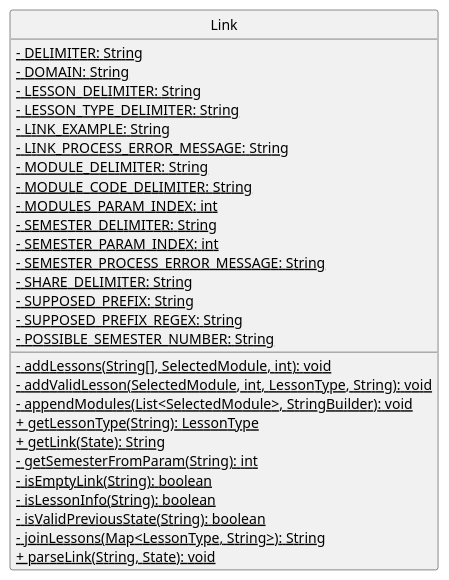
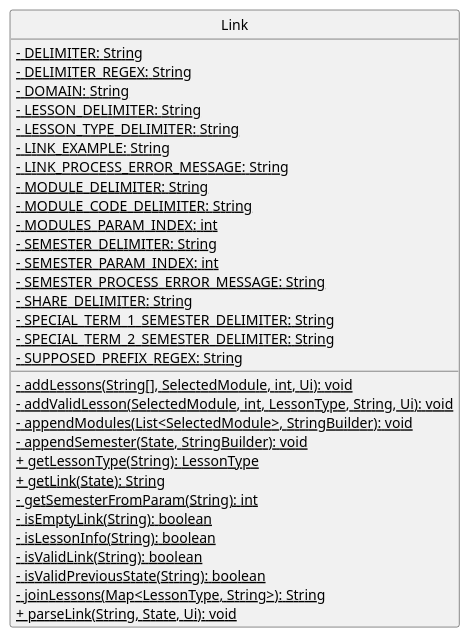
The diagram in docs/UMLdiagrams/linkClass.puml (nus-cs2113-AY2223S1/tp), drawn with PlantUML before and after one commit. The commit also changed 7 other files, not shown here.

Commit message:
Fix special term for link

```diff
--- a/docs/UMLdiagrams/linkClass.puml
+++ b/docs/UMLdiagrams/linkClass.puml
@@ -1,36 +1,39 @@
 @startuml
 'https://plantuml.com/sequence-diagram
 hide circle
 skinparam classAttributeIconSize 0
 
 class Link {
     <u>- DELIMITER: String
+    <u>- DELIMITER_REGEX: String
     <u>- DOMAIN: String
     <u>- LESSON_DELIMITER: String
     <u>- LESSON_TYPE_DELIMITER: String
     <u>- LINK_EXAMPLE: String
     <u>- LINK_PROCESS_ERROR_MESSAGE: String
     <u>- MODULE_DELIMITER: String
     <u>- MODULE_CODE_DELIMITER: String
     <u>- MODULES_PARAM_INDEX: int
     <u>- SEMESTER_DELIMITER: String
     <u>- SEMESTER_PARAM_INDEX: int
     <u>- SEMESTER_PROCESS_ERROR_MESSAGE: String
     <u>- SHARE_DELIMITER: String
-    <u>- SUPPOSED_PREFIX: String
+    <u>- SPECIAL_TERM_1_SEMESTER_DELIMITER: String
+    <u>- SPECIAL_TERM_2_SEMESTER_DELIMITER: String
     <u>- SUPPOSED_PREFIX_REGEX: String
-    <u>- POSSIBLE_SEMESTER_NUMBER: String
 
-    <u>- addLessons(String[], SelectedModule, int): void
-    <u>- addValidLesson(SelectedModule, int, LessonType, String): void
+    <u>- addLessons(String[], SelectedModule, int, Ui): void
+    <u>- addValidLesson(SelectedModule, int, LessonType, String, Ui): void
     <u>- appendModules(List<SelectedModule>, StringBuilder): void
+    <u>- appendSemester(State, StringBuilder): void
     <u>+ getLessonType(String): LessonType
     <u>+ getLink(State): String
     <u>- getSemesterFromParam(String): int
     <u>- isEmptyLink(String): boolean
     <u>- isLessonInfo(String): boolean
+    <u>- isValidLink(String): boolean
     <u>- isValidPreviousState(String): boolean
     <u>- joinLessons(Map<LessonType, String>): String
-    <u>+ parseLink(String, State): void
+    <u>+ parseLink(String, State, Ui): void
 }
 @enduml
```
